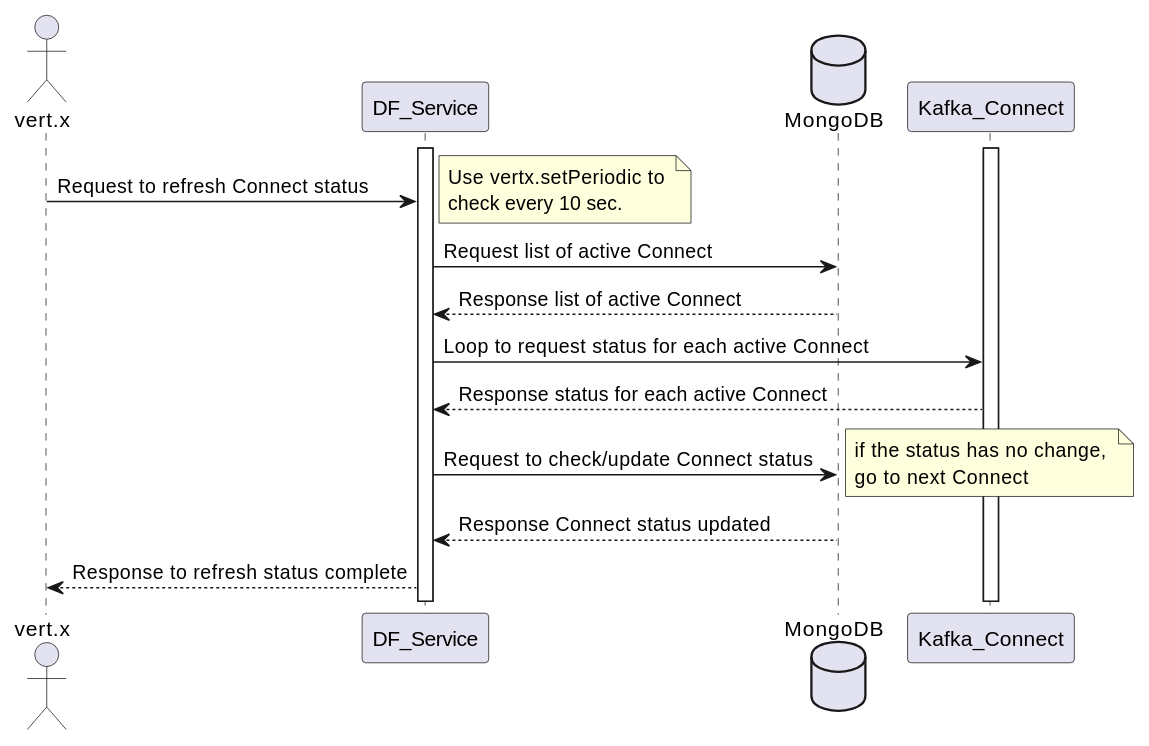
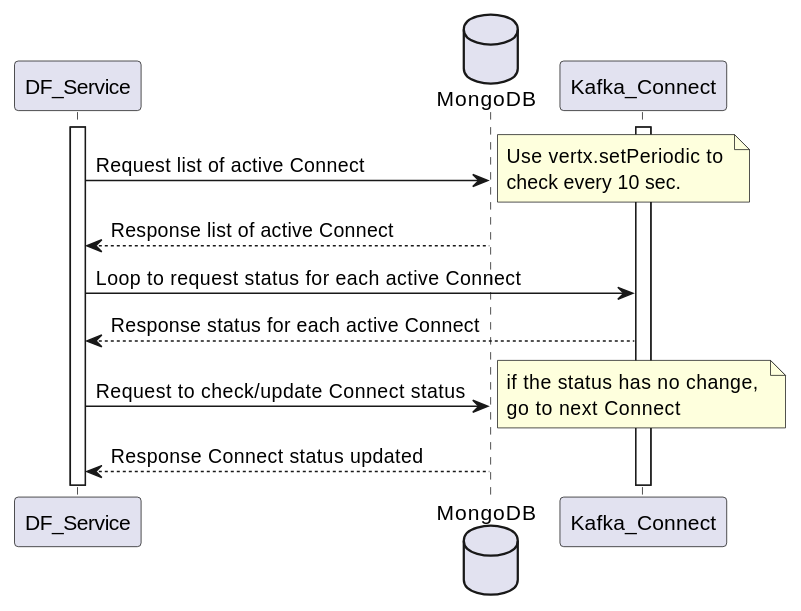
Before and after one commit to datafibers-community/df_complete_guide: the fifth of 5 diagrams in design_overview.md, drawn with PlantUML.

Commit message:
Updates design_overview.md
Auto commit by GitBook Editor

```diff
--- a/design_overview.md
+++ b/design_overview.md
@@ -81,18 +81,14 @@
 {% plantuml %}
-actor vert.x 
-
 activate DF_Service
 database MongoDB
 activate Kafka_Connect
 
-vert.x -> DF_Service : Request to refresh Connect status
+DF_Service -> MongoDB : Request list of active Connect
 note right: Use vertx.setPeriodic to \ncheck every 10 sec.
-DF_Service -> MongoDB : Request list of active Connect
 DF_Service <-- MongoDB : Response list of active Connect
 DF_Service -> Kafka_Connect: Loop to request status for each active Connect
 Kafka_Connect --> DF_Service : Response status for each active Connect
 MongoDB <- DF_Service : Request to check/update Connect status
 note right: if the status has no change, \ngo to next Connect
 MongoDB --> DF_Service : Response Connect status updated
-vert.x <-- DF_Service : Response to refresh status complete
 {% endplantuml %}
```
